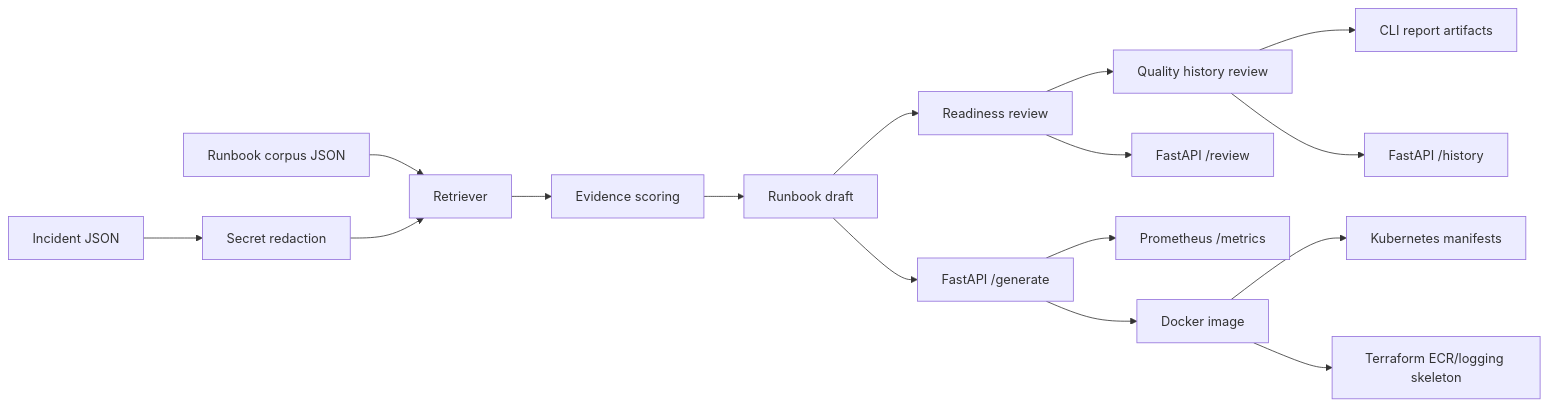
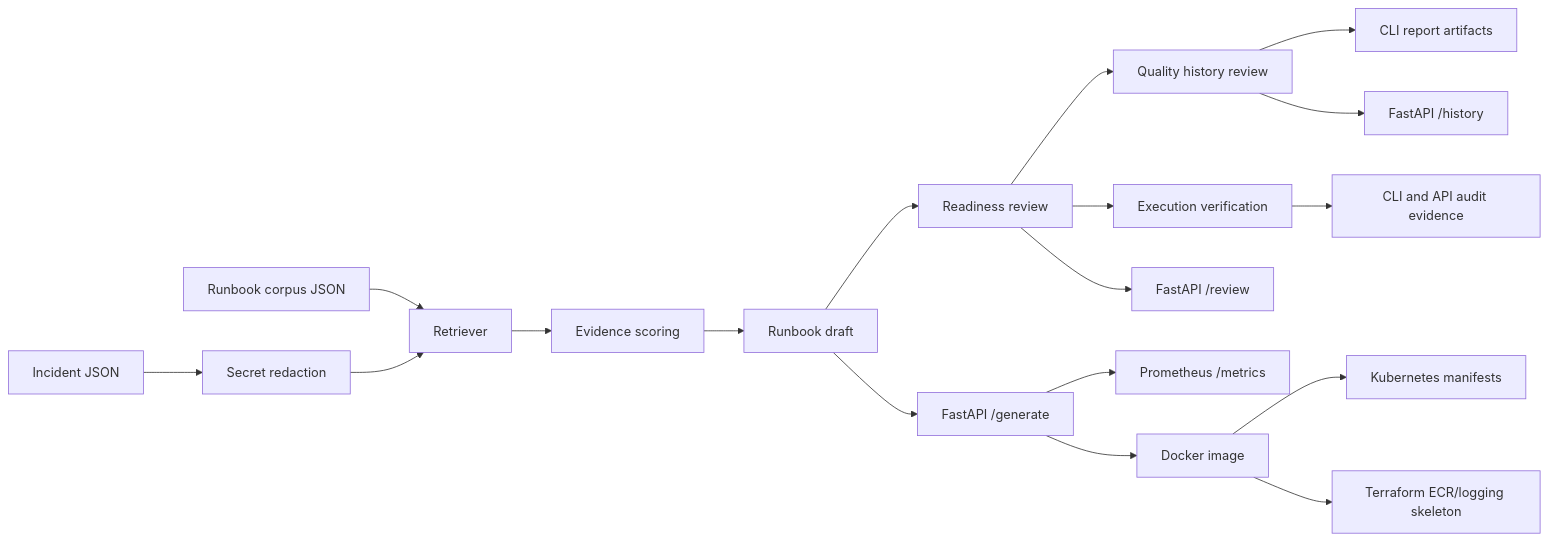
One commit to Nagadeepak1998/ai-incident-runbook-generator changed the diagram in README.md. Above: the diagram before and after it, drawn with Mermaid. The commit also changed other lines of this file and 21 other files, not shown here.

Commit message:
Add runbook execution verification gate

````diff
--- a/README.md
+++ b/README.md
@@ -30,18 +34,20 @@
 ```mermaid
 flowchart LR
     A[Incident JSON] --> B[Secret redaction]
     C[Runbook corpus JSON] --> D[Retriever]
     B --> D
     D --> E[Evidence scoring]
     E --> F[Runbook draft]
     F --> G[Readiness review]
     G --> H[Quality history review]
+    G --> Q[Execution verification]
+    Q --> R[CLI and API audit evidence]
     H --> I[CLI report artifacts]
     G --> J[FastAPI /review]
     F --> K[FastAPI /generate]
     H --> L[FastAPI /history]
     K --> M[Prometheus /metrics]
     K --> N[Docker image]
     N --> O[Kubernetes manifests]
     N --> P[Terraform ECR/logging skeleton]
 ```
````
